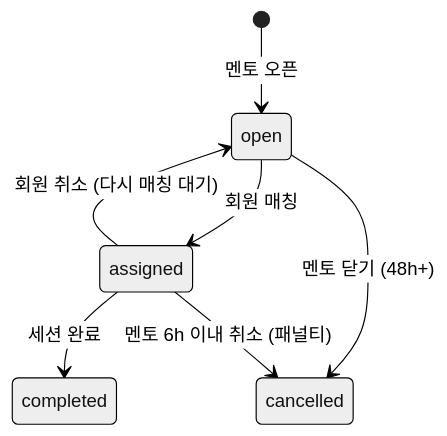
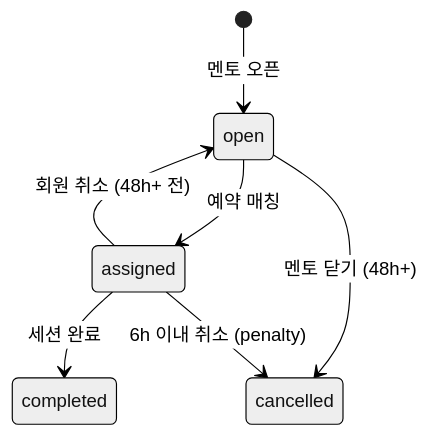
Before and after one commit to Young-000/pt-platform-docs: the diagram in specs/data/03-schedule.md, drawn with Mermaid (neutral theme). The commit also changed other lines of this file and 21 other files, not shown here.

````diff
--- a/specs/data/03-schedule.md
+++ b/specs/data/03-schedule.md
@@ -122,9 +56,9 @@
 ```mermaid
 stateDiagram-v2
     [*] --> open: 멘토 오픈
-    open --> assigned: 회원 매칭
+    open --> assigned: 예약 매칭
     assigned --> completed: 세션 완료
     open --> cancelled: 멘토 닫기 (48h+)
-    assigned --> open: 회원 취소 (다시 매칭 대기)
-    assigned --> cancelled: 멘토 6h 이내 취소 (패널티)
+    assigned --> open: 회원 취소 (48h+ 전)
+    assigned --> cancelled: 6h 이내 취소 (penalty)
 ```
````
